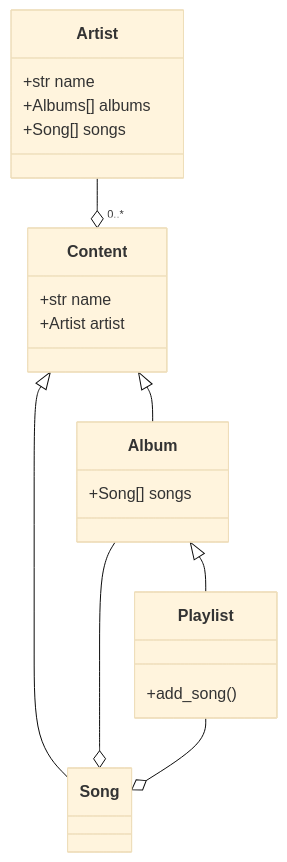
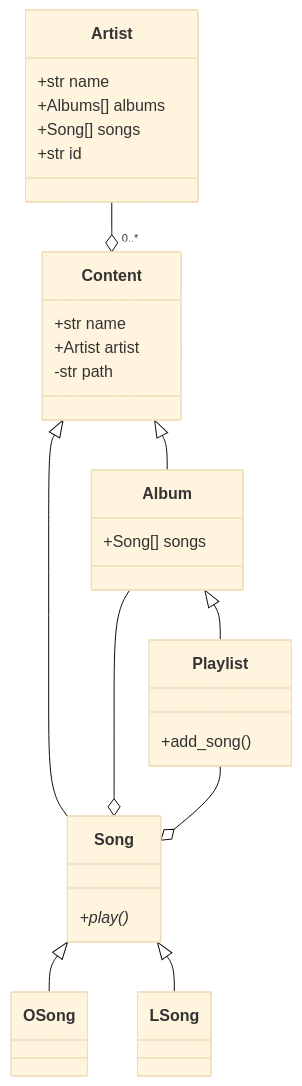
The first of 2 diagrams in class_diagrams.md (Darth-218/FTC-Music-Player), drawn with Mermaid (base theme) before and after one commit. The commit also changed other lines of this file, not shown here.

````diff
--- a/class_diagrams.md
+++ b/class_diagrams.md
@@ -1,25 +1,33 @@
 ```mermaid
 classDiagram
 class Content {
     +str name
     +Artist artist
+    -str path
 }
 Artist --o "0..*" Content
 Content <|-- Album
 Content <|-- Song
 class Album {
     +Song[] songs
 }
 Album <|-- Playlist
 class Playlist {
     +add_song()
 }
-class Song
+class Song {
+    +play()*
+}
+class OSong
+class LSong
+Song <|-- OSong
+Song <|-- LSong
 Album --o Song
 Playlist --o Song
 class Artist {
     +str      name
     +Albums[] albums
     +Song[]   songs
+    +str      id
 }
 ```
````
